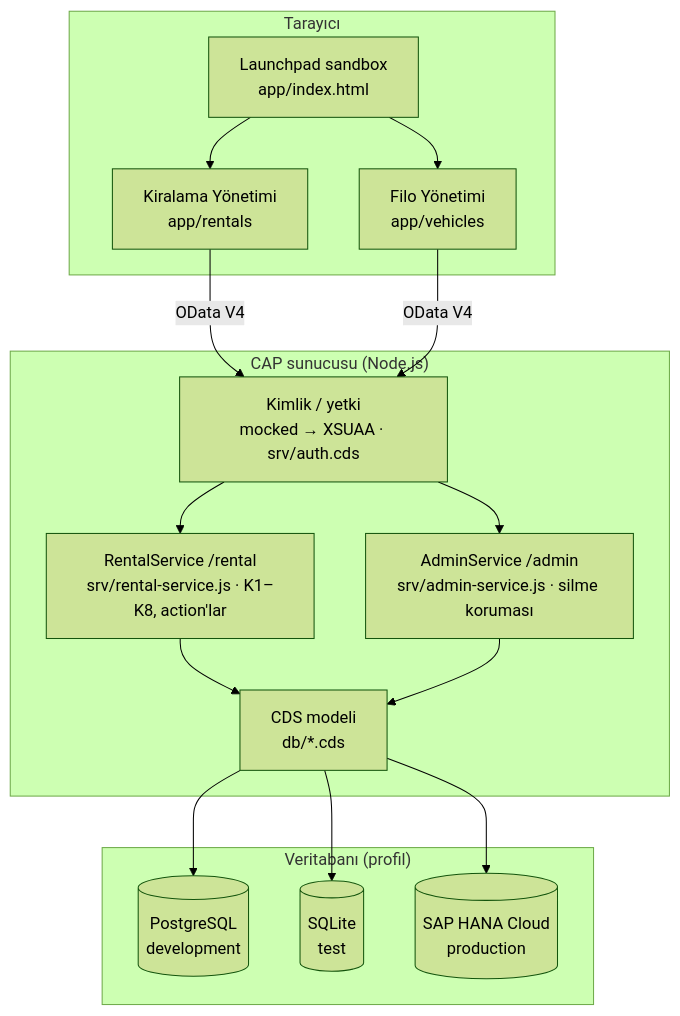
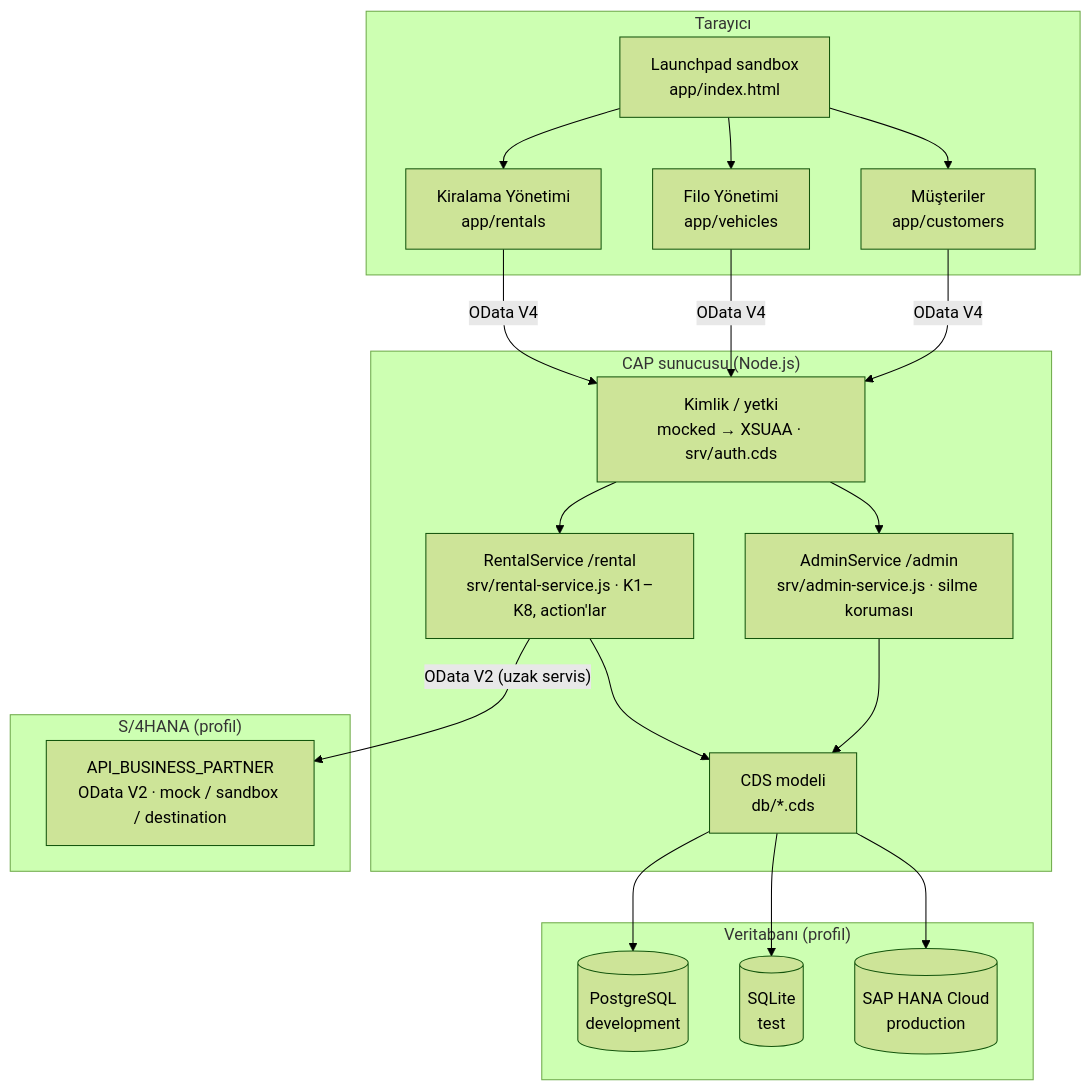
One commit to ertugrulcelikgpt/AracKiralama changed the first of 6 diagrams in docs/mimari.md. Above: the diagram before and after it, drawn with Mermaid (forest theme). The commit also changed other lines of this file and 40 other files, not shown here.

First line of the commit message:
feat(s4): integrate S/4HANA Business Partner API

````diff
--- a/docs/mimari.md
+++ b/docs/mimari.md
@@ -12,25 +13,31 @@
 ```mermaid
 flowchart TB
   subgraph Tarayici["Tarayıcı"]
     FLP["Launchpad sandbox<br/>app/index.html"]
     UIR["Kiralama Yönetimi<br/>app/rentals"]
     UIV["Filo Yönetimi<br/>app/vehicles"]
+    UIC["Müşteriler<br/>app/customers"]
   end
   subgraph CAP["CAP sunucusu (Node.js)"]
     AUTH["Kimlik / yetki<br/>mocked → XSUAA · srv/auth.cds"]
     RS["RentalService /rental<br/>srv/rental-service.js · K1–K8, action'lar"]
     AS["AdminService /admin<br/>srv/admin-service.js · silme koruması"]
     MODEL["CDS modeli<br/>db/*.cds"]
   end
+  subgraph S4["S/4HANA (profil)"]
+    BP["API_BUSINESS_PARTNER<br/>OData V2 · mock / sandbox / destination"]
+  end
   subgraph DB["Veritabanı (profil)"]
     PG[("PostgreSQL<br/>development")]
     SQ[("SQLite<br/>test")]
     HA[("SAP HANA Cloud<br/>production")]
   end
-  FLP --> UIR & UIV
+  FLP --> UIR & UIV & UIC
   UIR -- "OData V4" --> AUTH
   UIV -- "OData V4" --> AUTH
+  UIC -- "OData V4" --> AUTH
   AUTH --> RS & AS
   RS & AS --> MODEL
   MODEL --> PG & SQ & HA
+  RS -- "OData V2 (uzak servis)" --> BP
 ```
````
